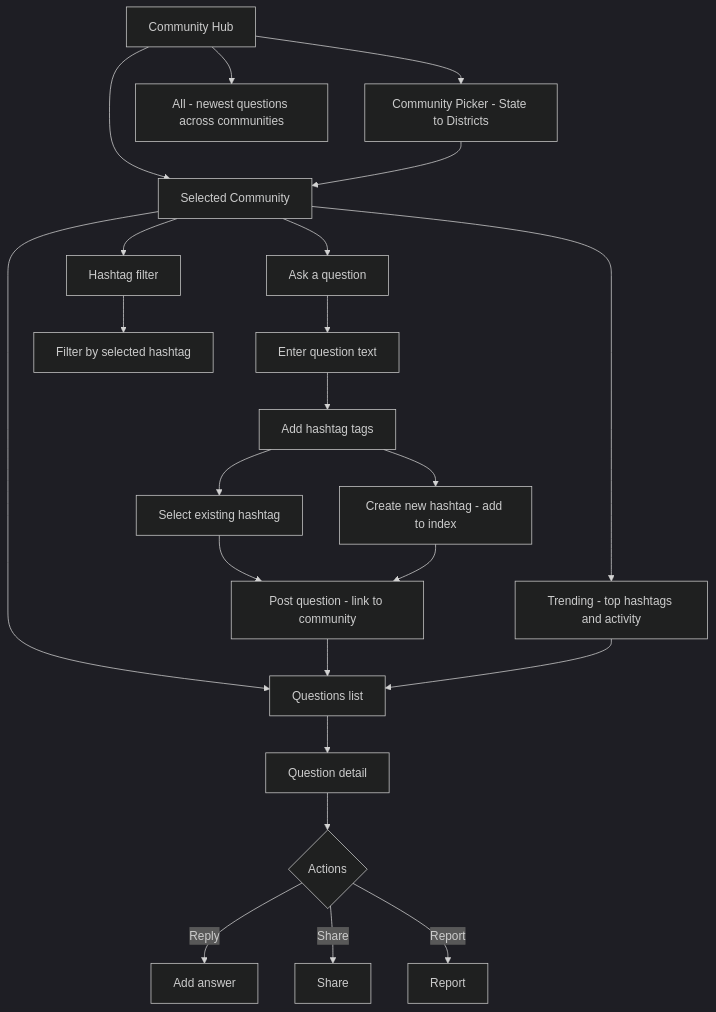
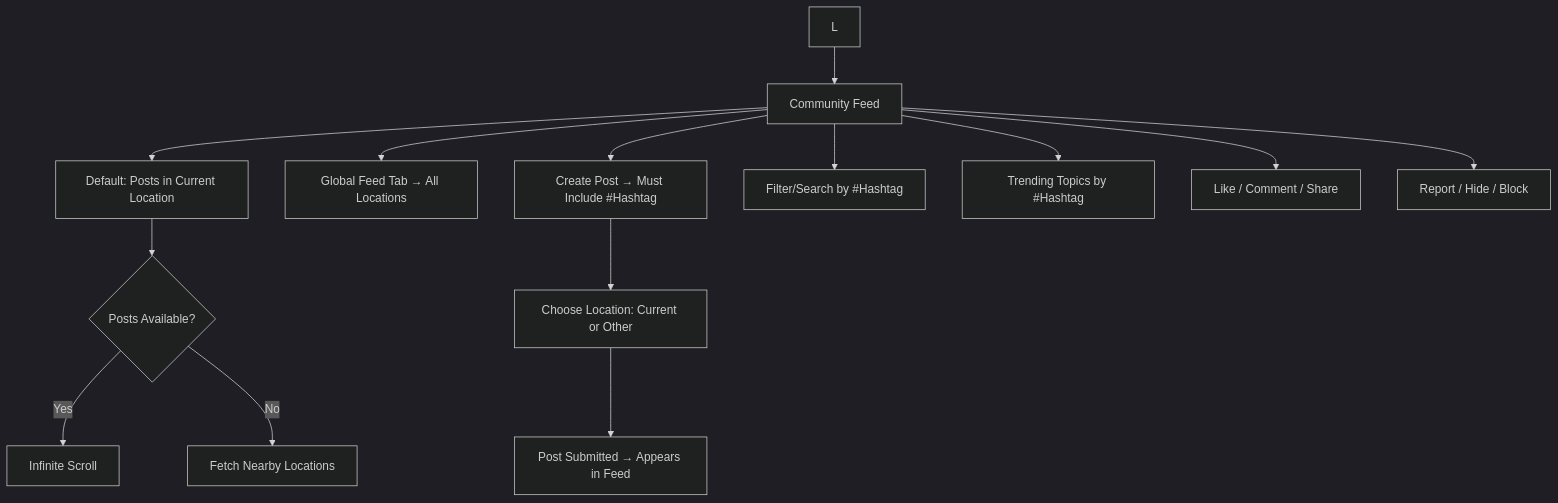
The second of 5 diagrams in nxtup_new_userflows.md (SrikanthKoti/nxtup_design), drawn with Mermaid (dark theme) before and after one commit. The commit also changed other lines of this file, not shown here.

````diff
--- a/nxtup_new_userflows.md
+++ b/nxtup_new_userflows.md
@@ -71,29 +41,26 @@
 ```mermaid
 flowchart TD
-  C0[Community Hub] --> C1[Selected Community]
-  C0 --> C2[Community Picker - State to Districts]
-  C2 --> C1
+  L --> CF[Community Feed]
 
-  C0 --> ALL[All - newest questions across communities]
+  %% Feed Logic
+  CF --> CF1[Default: Posts in Current Location]
+  CF1 --> CF2{Posts Available?}
+  CF2 -- Yes --> CF3[Infinite Scroll]
+  CF2 -- No --> CF4[Fetch Nearby Locations]
 
-  C1 --> QL[Questions list]
-  QL --> QD[Question detail]
-  C1 --> ASK[Ask a question]
-  ASK --> AQ1[Enter question text]
-  AQ1 --> AQ2[Add hashtag tags]
-  AQ2 --> AQ2A[Select existing hashtag]
-  AQ2 --> AQ2B[Create new hashtag - add to index]
-  AQ2A --> AQ3[Post question - link to community]
-  AQ2B --> AQ3
-  AQ3 --> QL
+  %% Global Feed
+  CF --> GF[Global Feed Tab → All Locations]
 
-  C1 --> HT[Hashtag filter]
-  HT --> HT1[Filter by selected hashtag]
-  C1 --> TR[Trending - top hashtags and activity]
-  TR --> QL
+  %% Posting
+  CF --> P1["Create Post → Must Include #Hashtag"]
+  P1 --> P2[Choose Location: Current or Other]
+  P2 --> P3[Post Submitted → Appears in Feed]
 
-  QD --> ACT{Actions}
-  ACT -- Reply --> ANS[Add answer]
-  ACT -- Share --> SH[Share]
-  ACT -- Report --> RP[Report]
+  %% Hashtags
+  CF --> H1[Filter/Search by #Hashtag]
+  CF --> H2[Trending Topics by #Hashtag]
+
+  %% Interactions
+  CF --> I1[Like / Comment / Share]
+  CF --> I2[Report / Hide / Block]
 ```
````
